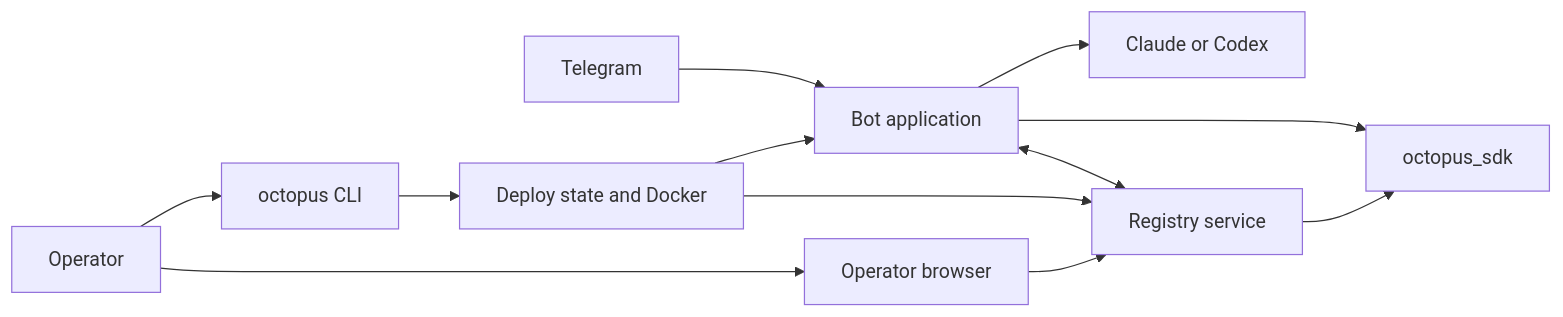
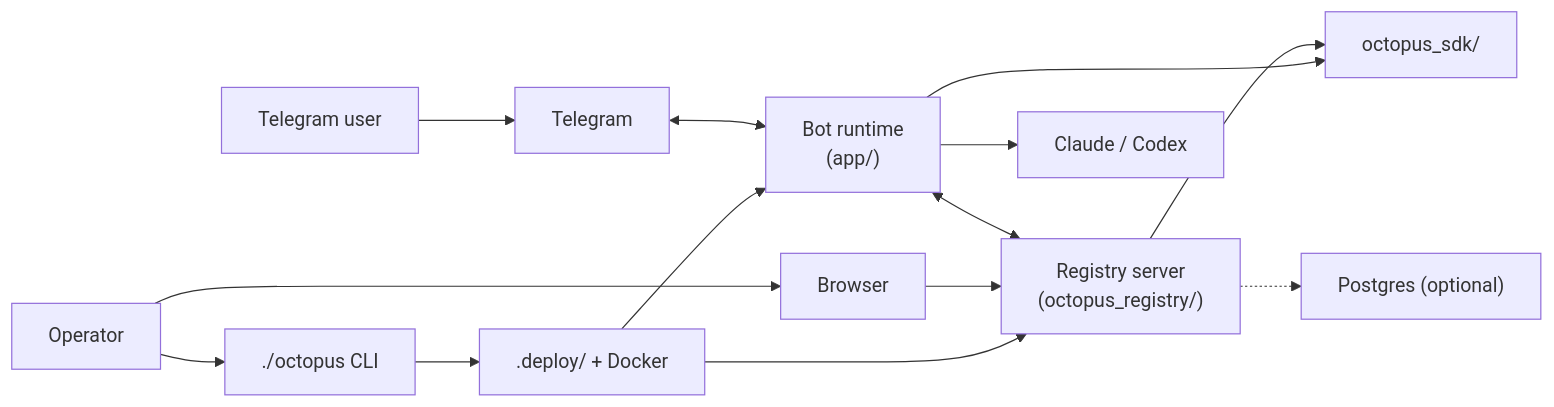
One commit to privacynow/octopus changed the first of 8 diagrams in ARCHITECTURE.md. Above: the diagram before and after it, drawn with Mermaid. The commit also changed other lines of this file, not shown here.

````diff
--- a/ARCHITECTURE.md
+++ b/ARCHITECTURE.md
@@ -26,16 +20,18 @@
 ```mermaid
 flowchart LR
-    operator["Operator"] --> cli["octopus CLI"]
-    operator --> browser["Operator browser"]
-    telegram["Telegram"] --> bot["Bot application"]
+    Operator["Operator"] --> CLI["./octopus CLI"]
+    Operator --> Browser["Browser"]
+    User["Telegram user"] --> TG["Telegram"]
 
-    cli --> deploy["Deploy state and Docker"]
-    deploy --> bot
-    deploy --> registry["Registry service"]
+    CLI --> Deploy[".deploy/ + Docker"]
+    Deploy --> Bot["Bot runtime<br/>(app/)"]
+    Deploy --> Registry["Registry server<br/>(octopus_registry/)"]
 
-    browser --> registry
-    bot --> provider["Claude or Codex"]
-    bot --> sdk["octopus_sdk"]
-    bot <--> registry
-    registry --> sdk
+    TG <--> Bot
+    Browser --> Registry
+    Bot <--> Registry
+    Bot --> Provider["Claude / Codex"]
+    Bot --> SDK["octopus_sdk/"]
+    Registry --> SDK
+    Registry -.-> Postgres["Postgres (optional)"]
 ```
````
